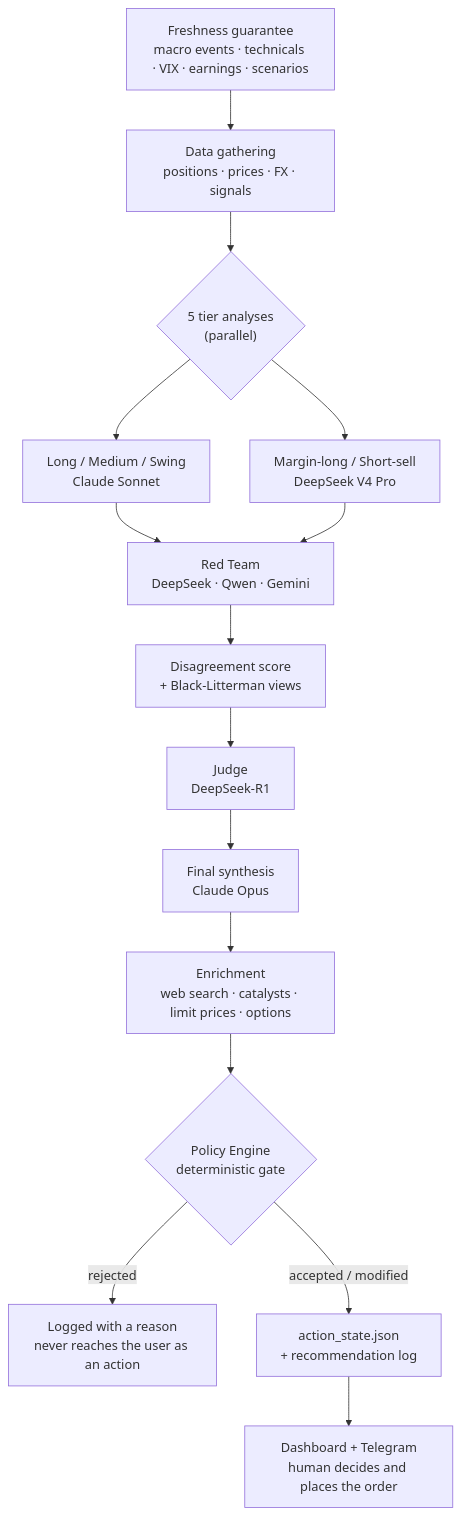
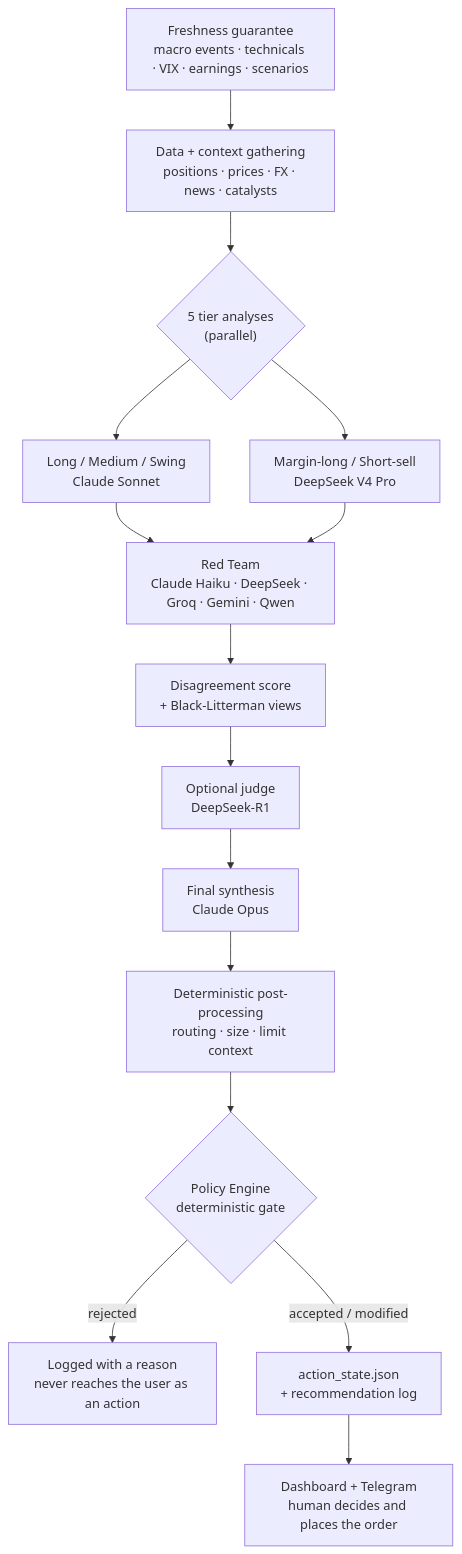
The diagram in README.md (quant-almanac/almanac), drawn with Mermaid before and after one commit. The commit also changed other lines of this file and 2 other files, not shown here.

Commit message:
docs: expand README setup and architecture

````diff
--- a/README.md
+++ b/README.md
@@ -30,17 +32,17 @@
 ```mermaid
 flowchart TD
-    A["Freshness guarantee<br/>macro events · technicals · VIX · earnings · scenarios"] --> B["Data gathering<br/>positions · prices · FX · signals"]
+    A["Freshness guarantee<br/>macro events · technicals · VIX · earnings · scenarios"] --> B["Data + context gathering<br/>positions · prices · FX · news · catalysts"]
     B --> C{"5 tier analyses<br/>(parallel)"}
     C --> C1["Long / Medium / Swing<br/>Claude Sonnet"]
     C --> C2["Margin-long / Short-sell<br/>DeepSeek V4 Pro"]
-    C1 --> D["Red Team<br/>DeepSeek · Qwen · Gemini"]
+    C1 --> D["Red Team<br/>Claude Haiku · DeepSeek · Groq · Gemini · Qwen"]
     C2 --> D
     D --> E["Disagreement score<br/>+ Black-Litterman views"]
-    E --> F["Judge<br/>DeepSeek-R1"]
+    E --> F["Optional judge<br/>DeepSeek-R1"]
     F --> G["Final synthesis<br/>Claude Opus"]
-    G --> H["Enrichment<br/>web search · catalysts · limit prices · options"]
+    G --> H["Deterministic post-processing<br/>routing · size · limit context"]
     H --> I{"Policy Engine<br/>deterministic gate"}
     I -->|rejected| J["Logged with a reason<br/>never reaches the user as an action"]
     I -->|accepted / modified| K["action_state.json<br/>+ recommendation log"]
     K --> L["Dashboard + Telegram<br/>human decides and places the order"]
 ```
````
